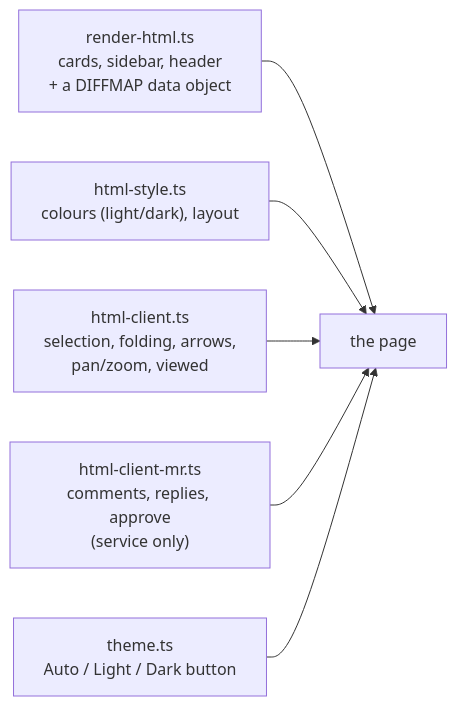
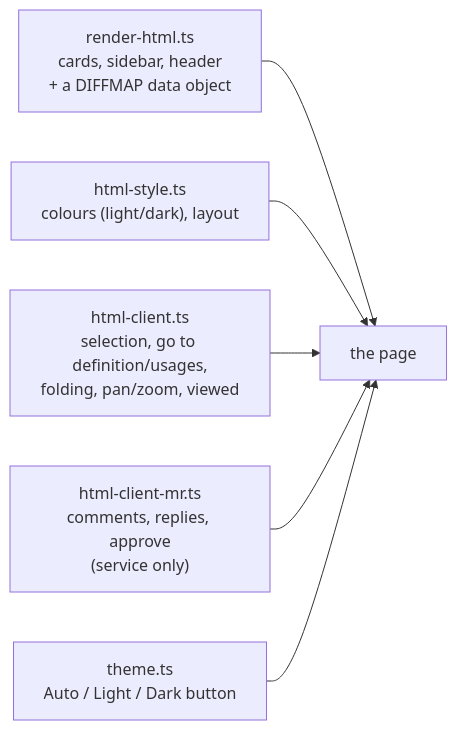
The sixth of 7 diagrams in ARCHITECTURE.md (cyberfixer/diffmap), drawn with Mermaid before and after one commit. The commit also changed other lines of this file and 6 other files, not shown here.

First line of the commit message:
feat(report): folder tree, highlights instead of arrows, go to definition/usages

````diff
--- a/ARCHITECTURE.md
+++ b/ARCHITECTURE.md
@@ -171,8 +171,8 @@
 ```mermaid
 flowchart LR
   R["render-html.ts<br/>cards, sidebar, header<br/>+ a DIFFMAP data object"] --> P["the page"]
   S["html-style.ts<br/>colours (light/dark), layout"] --> P
-  C["html-client.ts<br/>selection, folding, arrows,<br/>pan/zoom, viewed"] --> P
+  C["html-client.ts<br/>selection, go to definition/usages,<br/>folding, pan/zoom, viewed"] --> P
   M["html-client-mr.ts<br/>comments, replies, approve<br/>(service only)"] --> P
   T["theme.ts<br/>Auto / Light / Dark button"] --> P
 ```
````
